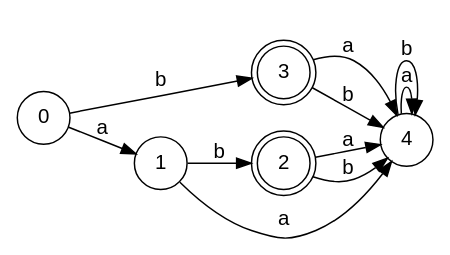
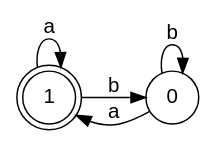
The diagram in files/drawing.dot (MishkaSimakov/FiniteAutomata), drawn with Graphviz before and after one commit. The commit also changed 7 other files, not shown here.

```diff
--- a/files/drawing.dot
+++ b/files/drawing.dot
@@ -1,18 +1,12 @@
 digraph finite_state_machine {
 fontname="Helvetica,Arial,sans-serif"
 node [fontname="Helvetica,Arial,sans-serif"]
 edge [fontname="Helvetica,Arial,sans-serif"]
 rankdir=LR;
-node [shape = doublecircle]; 2, 3;
+node [shape = doublecircle]; 1;
 node [shape = circle];
 0 -> 1 [label = "a"];
-0 -> 3 [label = "b"];
-1 -> 4 [label = "a"];
-1 -> 2 [label = "b"];
-2 -> 4 [label = "a"];
-2 -> 4 [label = "b"];
-3 -> 4 [label = "a"];
-3 -> 4 [label = "b"];
-4 -> 4 [label = "a"];
-4 -> 4 [label = "b"];
+0 -> 0 [label = "b"];
+1 -> 1 [label = "a"];
+1 -> 0 [label = "b"];
 }
```
